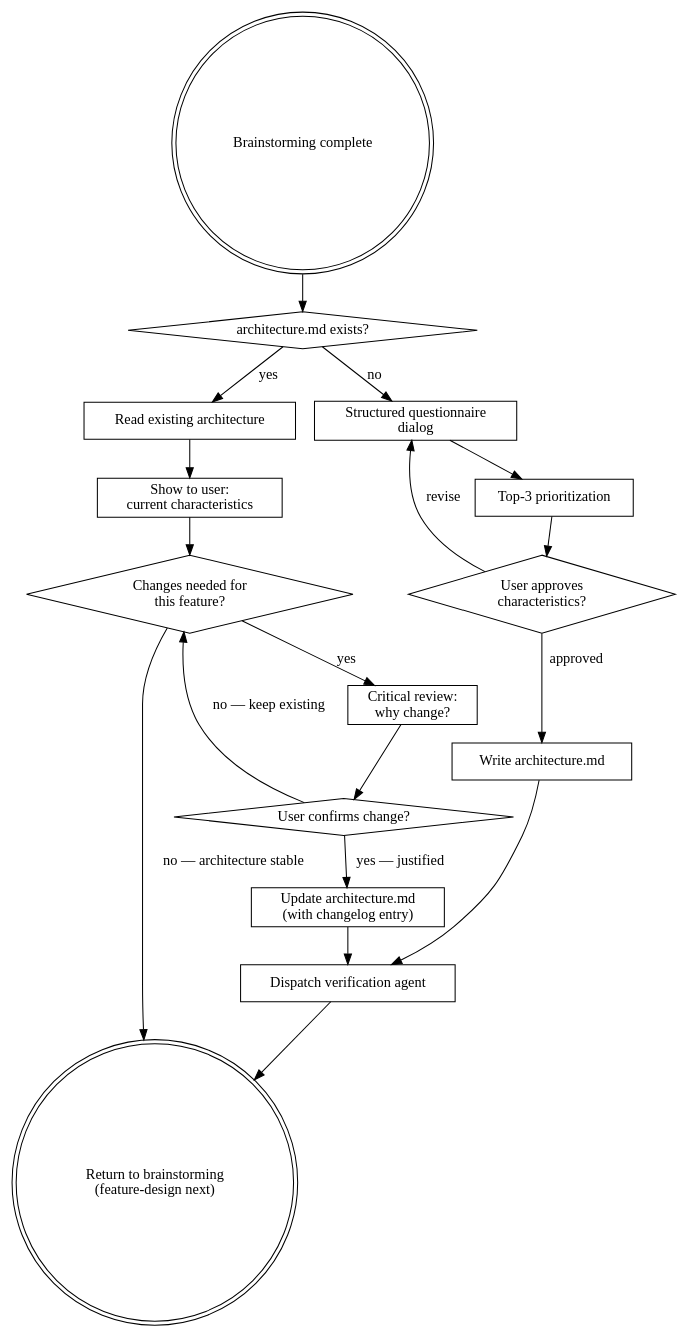
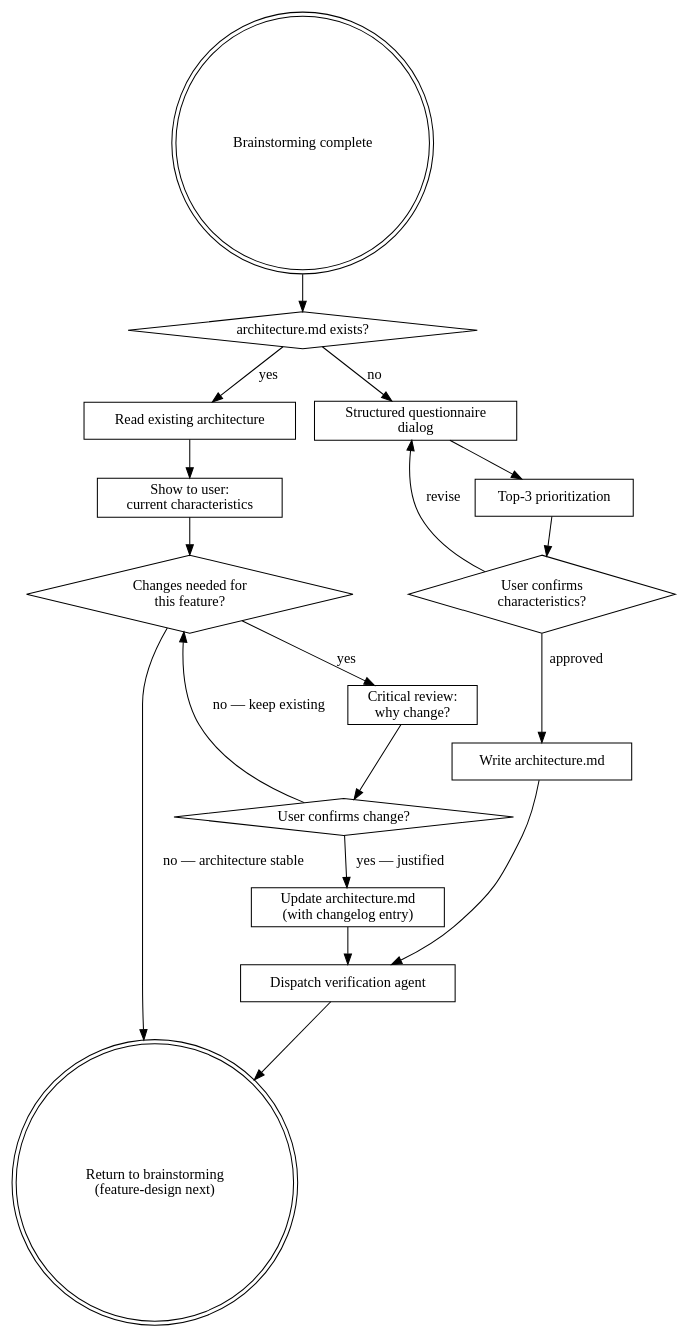
Before and after one commit to florian23/superflowers: the diagram in skills/architecture-assessment/SKILL.md, drawn with Graphviz. The commit also changed other lines of this file and 31 other files, not shown here.

````diff
--- a/skills/architecture-assessment/SKILL.md
+++ b/skills/architecture-assessment/SKILL.md
@@ -42,36 +42,36 @@
 ```dot
 digraph architecture_assessment {
     "Brainstorming complete" [shape=doublecircle];
     "architecture.md exists?" [shape=diamond];
     "Read existing architecture" [shape=box];
     "Show to user:\ncurrent characteristics" [shape=box];
     "Changes needed for\nthis feature?" [shape=diamond];
     "Critical review:\nwhy change?" [shape=box];
     "User confirms change?" [shape=diamond];
     "Update architecture.md\n(with changelog entry)" [shape=box];
     "Structured questionnaire\ndialog" [shape=box];
     "Top-3 prioritization" [shape=box];
-    "User approves\ncharacteristics?" [shape=diamond];
+    "User confirms\ncharacteristics?" [shape=diamond];
     "Write architecture.md" [shape=box];
     "Dispatch verification agent" [shape=box];
     "Return to brainstorming\n(feature-design next)" [shape=doublecircle];
 
     "Brainstorming complete" -> "architecture.md exists?";
     "architecture.md exists?" -> "Read existing architecture" [label="yes"];
     "architecture.md exists?" -> "Structured questionnaire\ndialog" [label="no"];
     "Read existing architecture" -> "Show to user:\ncurrent characteristics";
     "Show to user:\ncurrent characteristics" -> "Changes needed for\nthis feature?";
     "Changes needed for\nthis feature?" -> "Return to brainstorming\n(feature-design next)" [label="no — architecture stable"];
     "Changes needed for\nthis feature?" -> "Critical review:\nwhy change?" [label="yes"];
     "Critical review:\nwhy change?" -> "User confirms change?";
     "User confirms change?" -> "Changes needed for\nthis feature?" [label="no — keep existing"];
     "User confirms change?" -> "Update architecture.md\n(with changelog entry)" [label="yes — justified"];
     "Update architecture.md\n(with changelog entry)" -> "Dispatch verification agent";
     "Structured questionnaire\ndialog" -> "Top-3 prioritization";
-    "Top-3 prioritization" -> "User approves\ncharacteristics?";
-    "User approves\ncharacteristics?" -> "Structured questionnaire\ndialog" [label="revise"];
-    "User approves\ncharacteristics?" -> "Write architecture.md" [label="approved"];
+    "Top-3 prioritization" -> "User confirms\ncharacteristics?";
+    "User confirms\ncharacteristics?" -> "Structured questionnaire\ndialog" [label="revise"];
+    "User confirms\ncharacteristics?" -> "Write architecture.md" [label="approved"];
     "Write architecture.md" -> "Dispatch verification agent";
     "Dispatch verification agent" -> "Return to brainstorming\n(feature-design next)";
 }
 ```
````
